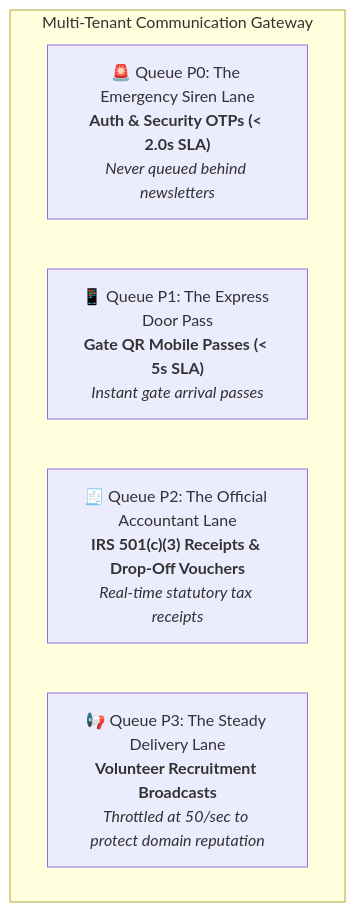
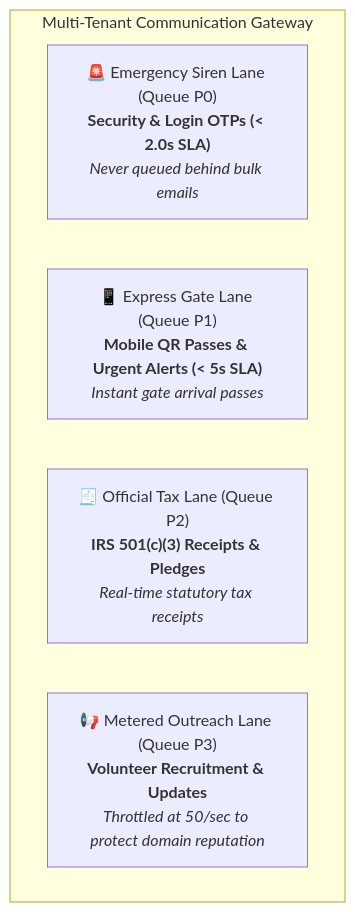
One commit to patchenu/R3Pro changed the diagram in AGENTS.md. Above: the diagram before and after it, drawn with Mermaid. The commit also changed other lines of this file and 5 other files, not shown here.

````diff
--- a/AGENTS.md
+++ b/AGENTS.md
@@ -791,9 +791,9 @@
 ```mermaid
 graph TD
     subgraph Gateway["Multi-Tenant Communication Gateway"]
-        P0["🚨 Queue P0: The Emergency Siren Lane<br/><b>Auth & Security OTPs (&lt; 2.0s SLA)</b><br/><i>Never queued behind newsletters</i>"]
-        P1["📱 Queue P1: The Express Door Pass<br/><b>Gate QR Mobile Passes (&lt; 5s SLA)</b><br/><i>Instant gate arrival passes</i>"]
-        P2["🧾 Queue P2: The Official Accountant Lane<br/><b>IRS 501(c)(3) Receipts &amp; Drop-Off Vouchers</b><br/><i>Real-time statutory tax receipts</i>"]
-        P3["📢 Queue P3: The Steady Delivery Lane<br/><b>Volunteer Recruitment Broadcasts</b><br/><i>Throttled at 50/sec to protect domain reputation</i>"]
+        P0["🚨 Emergency Siren Lane (Queue P0)<br/><b>Security &amp; Login OTPs (&lt; 2.0s SLA)</b><br/><i>Never queued behind bulk emails</i>"]
+        P1["📱 Express Gate Lane (Queue P1)<br/><b>Mobile QR Passes &amp; Urgent Alerts (&lt; 5s SLA)</b><br/><i>Instant gate arrival passes</i>"]
+        P2["🧾 Official Tax Lane (Queue P2)<br/><b>IRS 501(c)(3) Receipts &amp; Pledges</b><br/><i>Real-time statutory tax receipts</i>"]
+        P3["📢 Metered Outreach Lane (Queue P3)<br/><b>Volunteer Recruitment &amp; Updates</b><br/><i>Throttled at 50/sec to protect domain reputation</i>"]
     end
 ```
````
